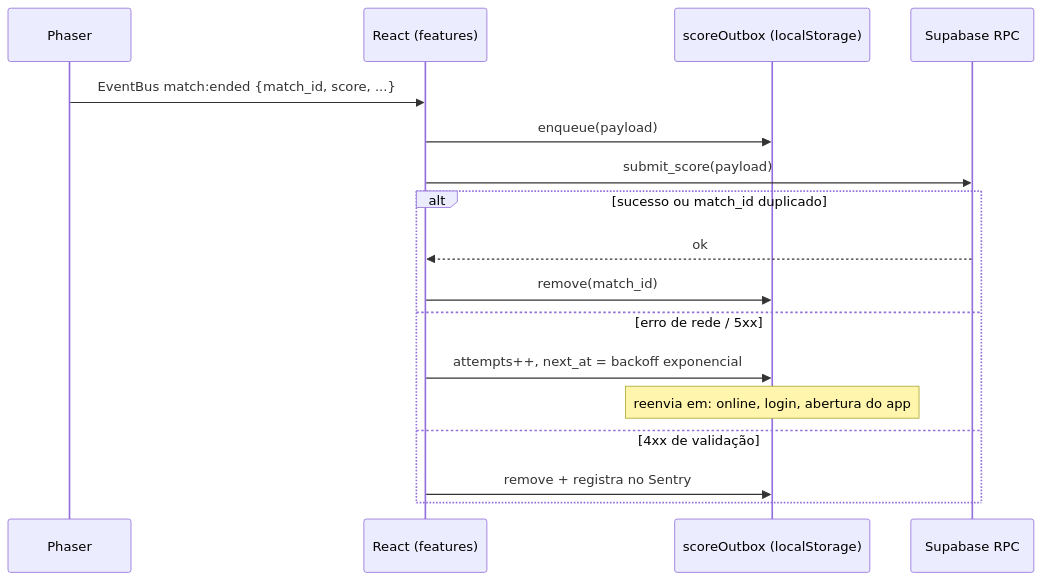
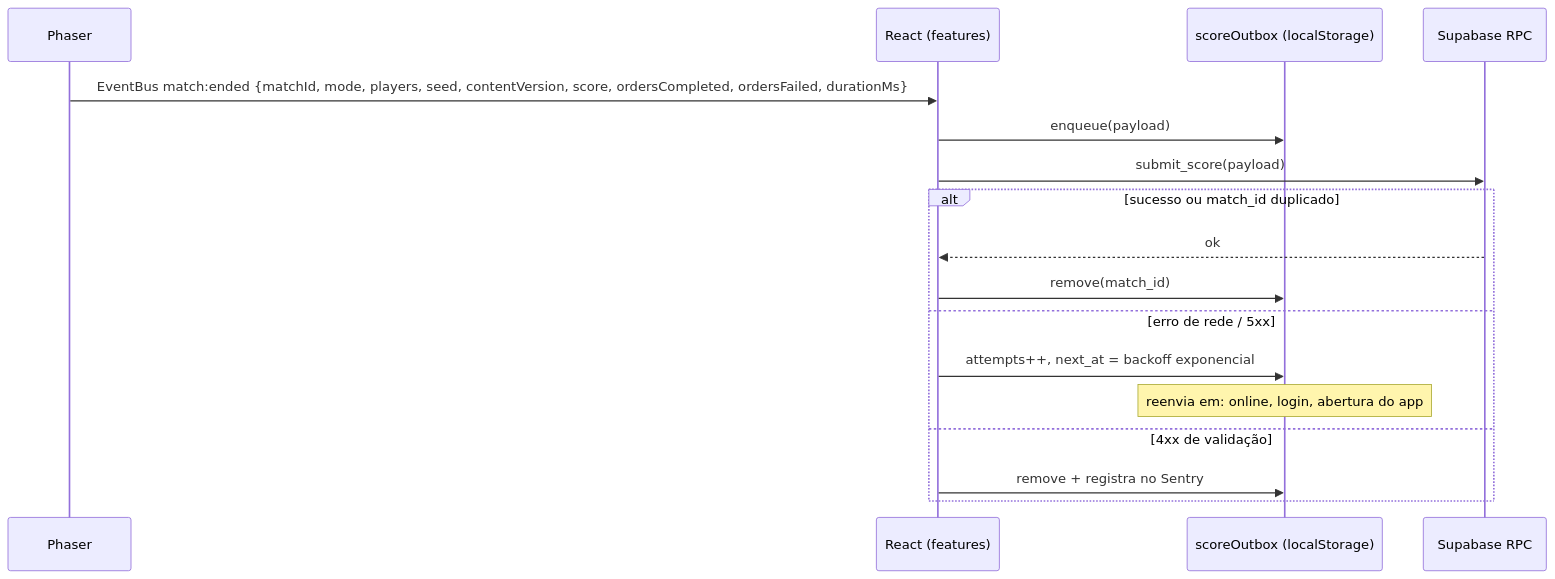
The third of 4 diagrams in docs/SYSTEM_DESIGN.md (davi-domingues/kitchen-dash), drawn with Mermaid before and after one commit. The commit also changed 4 other files, not shown here.

Commit message:
feat(app): fecha o contrato de match:ended com validação

````diff
--- a/docs/SYSTEM_DESIGN.md
+++ b/docs/SYSTEM_DESIGN.md
@@ -168,19 +168,19 @@
 ```mermaid
 sequenceDiagram
     participant P as Phaser
     participant R as React (features)
     participant O as scoreOutbox (localStorage)
     participant S as Supabase RPC
-    P->>R: EventBus match:ended {match_id, score, ...}
+    P->>R: EventBus match:ended {matchId, mode, players, seed, contentVersion, score, ordersCompleted, ordersFailed, durationMs}
     R->>O: enqueue(payload)
     R->>S: submit_score(payload)
     alt sucesso ou match_id duplicado
         S-->>R: ok
         R->>O: remove(match_id)
     else erro de rede / 5xx
         R->>O: attempts++, next_at = backoff exponencial
         Note over O: reenvia em: online, login, abertura do app
     else 4xx de validação
         R->>O: remove + registra no Sentry
     end
 ```
````
